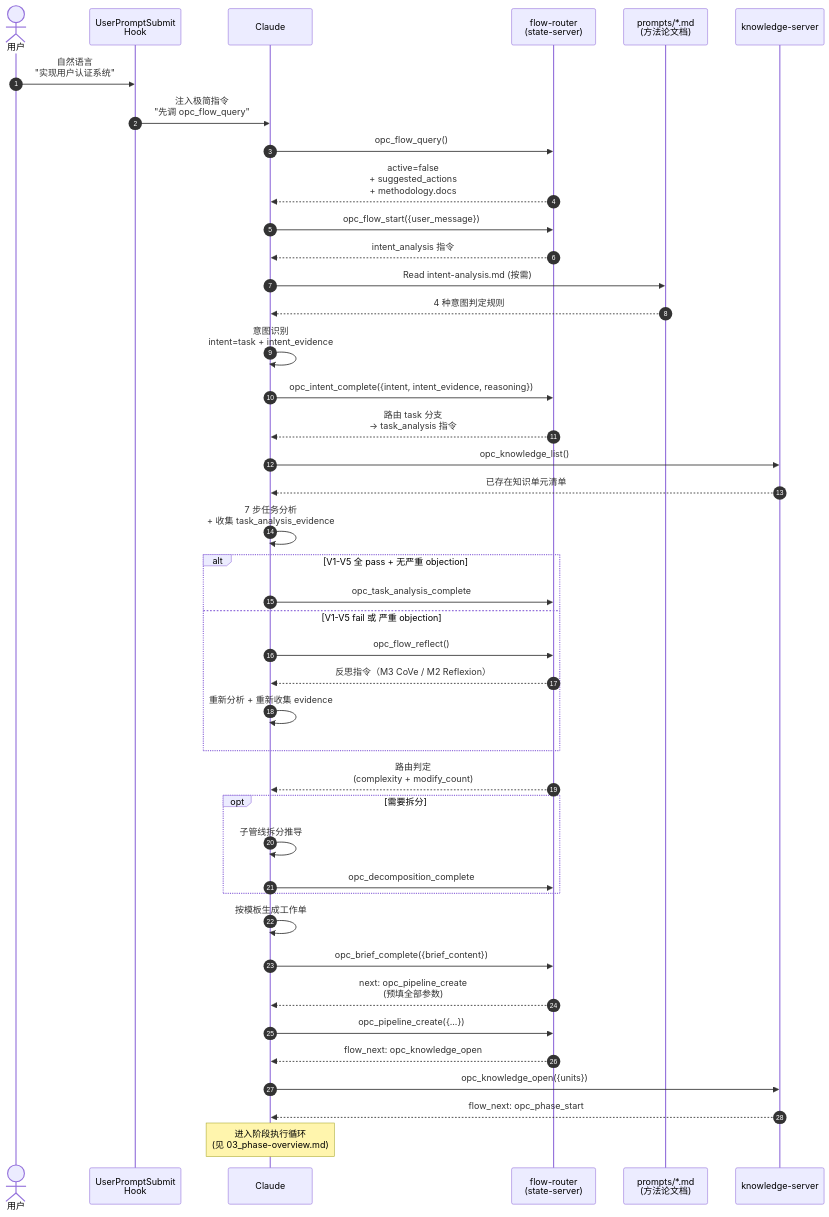
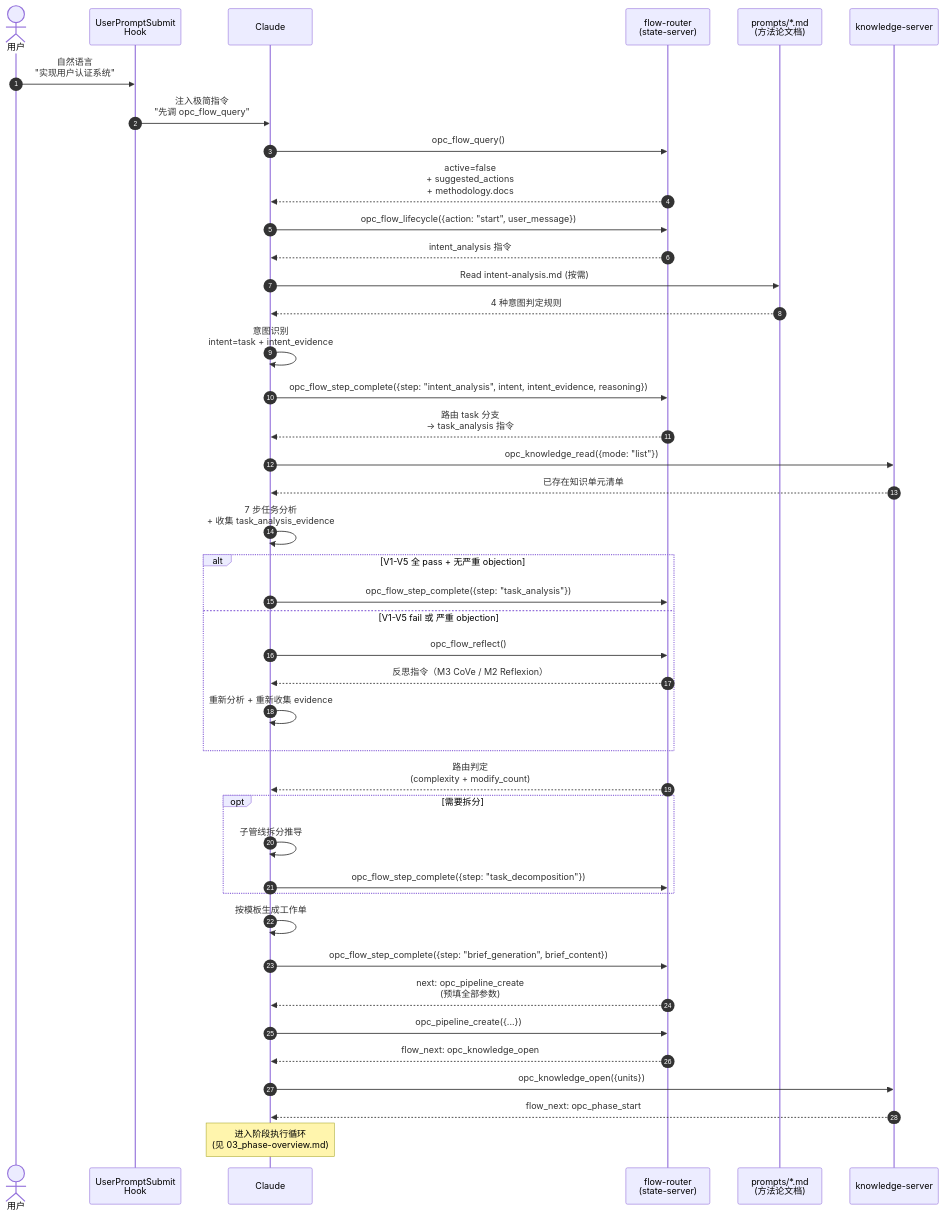
The first of 2 diagrams in doc/feature/02-opc-state-server/01-intent-analysis/00_overview.md (CaffeineOddity/opc-marketplace), drawn with Mermaid before and after one commit. The commit also changed other lines of this file and 11 other files, not shown here.

First line of the commit message:
docs(M17.h): rewrite 01-intent-analysis for 7-tool flow surface

````diff
--- a/doc/feature/02-opc-state-server/01-intent-analysis/00_overview.md
+++ b/doc/feature/02-opc-state-server/01-intent-analysis/00_overview.md
@@ -13,54 +13,54 @@
 ```mermaid
 sequenceDiagram
     autonumber
     actor U as 用户
     participant H as UserPromptSubmit<br/>Hook
     participant C as Claude
     participant F as flow-router<br/>(state-server)
     participant P as prompts/*.md<br/>(方法论文档)
     participant K as knowledge-server
 
     U->>H: 自然语言<br/>"实现用户认证系统"
     H->>C: 注入极简指令<br/>"先调 opc_flow_query"
 
     C->>F: opc_flow_query()
     F-->>C: active=false<br/>+ suggested_actions<br/>+ methodology.docs
 
-    C->>F: opc_flow_start({user_message})
+    C->>F: opc_flow_lifecycle({action: "start", user_message})
     F-->>C: intent_analysis 指令
 
     C->>P: Read intent-analysis.md (按需)
     P-->>C: 4 种意图判定规则
     C->>C: 意图识别<br/>intent=task + intent_evidence
-    C->>F: opc_intent_complete({intent, intent_evidence, reasoning})
+    C->>F: opc_flow_step_complete({step: "intent_analysis", intent, intent_evidence, reasoning})
     F-->>C: 路由 task 分支<br/>→ task_analysis 指令
 
-    C->>K: opc_knowledge_list()
+    C->>K: opc_knowledge_read({mode: "list"})
     K-->>C: 已存在知识单元清单
     C->>C: 7 步任务分析<br/>+ 收集 task_analysis_evidence
 
     alt V1-V5 全 pass + 无严重 objection
-        C->>F: opc_task_analysis_complete
+        C->>F: opc_flow_step_complete({step: "task_analysis"})
     else V1-V5 fail 或 严重 objection
         C->>F: opc_flow_reflect()
         F-->>C: 反思指令（M3 CoVe / M2 Reflexion）
         C->>C: 重新分析 + 重新收集 evidence
     end
 
     F-->>C: 路由判定<br/>(complexity + modify_count)
 
     opt 需要拆分
         C->>C: 子管线拆分推导
-        C->>F: opc_decomposition_complete
+        C->>F: opc_flow_step_complete({step: "task_decomposition"})
     end
 
     C->>C: 按模板生成工作单
-    C->>F: opc_brief_complete({brief_content})
+    C->>F: opc_flow_step_complete({step: "brief_generation", brief_content})
     F-->>C: next: opc_pipeline_create<br/>(预填全部参数)
 
     C->>F: opc_pipeline_create({...})
     F-->>C: flow_next: opc_knowledge_open
     C->>K: opc_knowledge_open({units})
     K-->>C: flow_next: opc_phase_start
     Note over C: 进入阶段执行循环<br/>(见 03_phase-overview.md)
 ```
````
